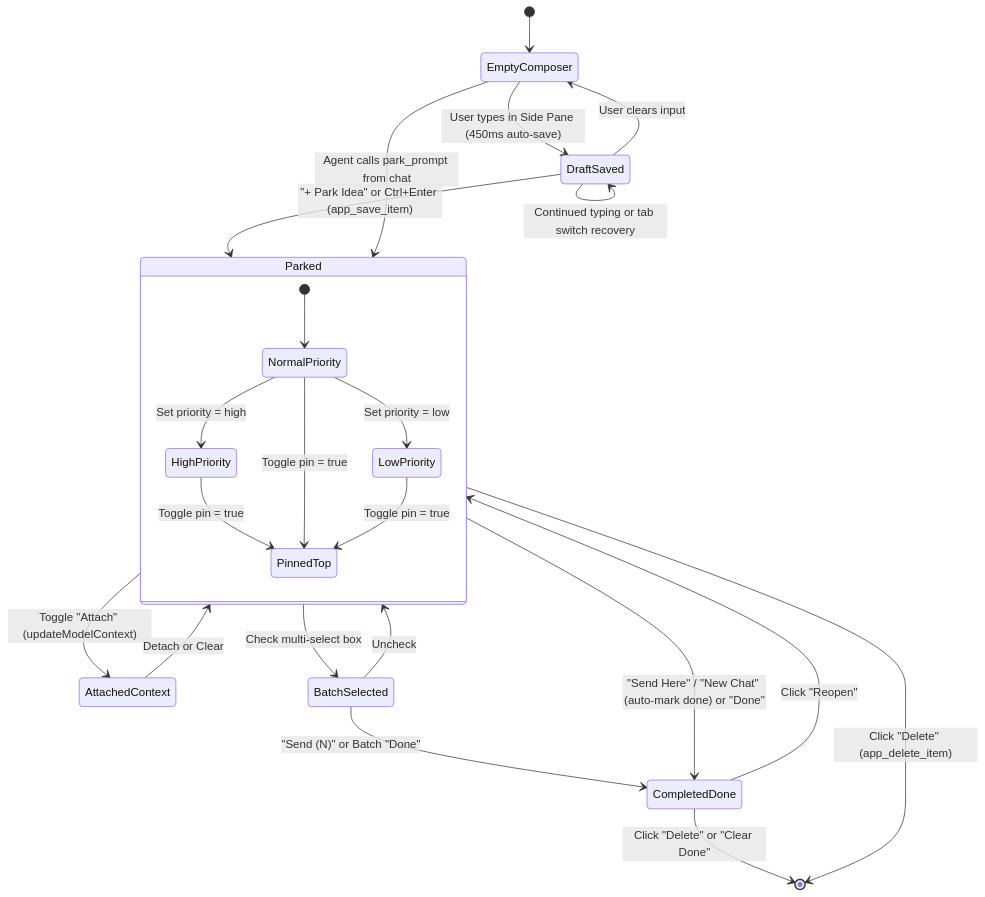
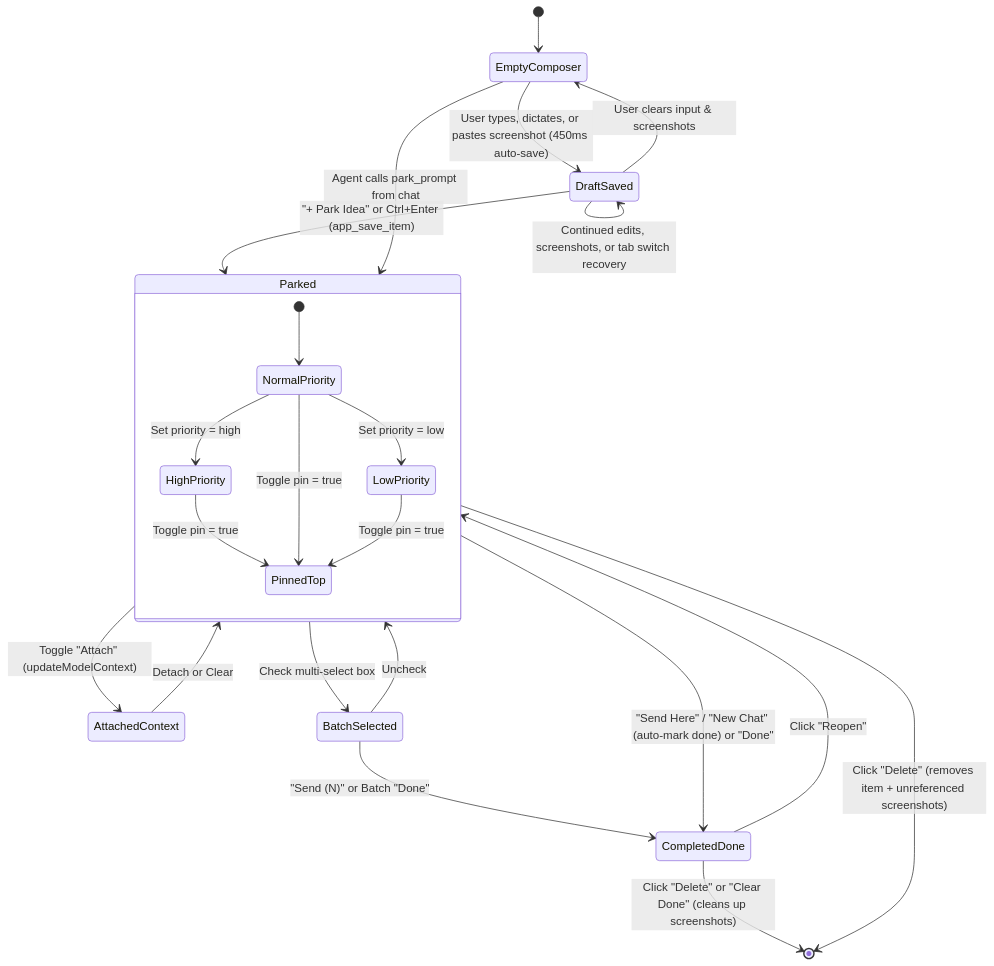
The diagram in documentation/diagrams/03-data-model-and-lifecycle.mmd (jmbreckel/AntiParkingLot), drawn with Mermaid before and after one commit. The commit also changed 25 other files, not shown here.

Commit message:
Release v1.1.0: Add screenshot attachments, in-app help, and updated docs

```diff
--- a/documentation/diagrams/03-data-model-and-lifecycle.mmd
+++ b/documentation/diagrams/03-data-model-and-lifecycle.mmd
@@ -1,31 +1,31 @@
 stateDiagram-v2
     [*] --> EmptyComposer
 
-    EmptyComposer --> DraftSaved: User types in Side Pane (450ms auto-save)
-    DraftSaved --> DraftSaved: Continued typing or tab switch recovery
-    DraftSaved --> EmptyComposer: User clears input
+    EmptyComposer --> DraftSaved: User types, dictates, or pastes screenshot (450ms auto-save)
+    DraftSaved --> DraftSaved: Continued edits, screenshots, or tab switch recovery
+    DraftSaved --> EmptyComposer: User clears input & screenshots
 
     DraftSaved --> Parked: "+ Park Idea" or Ctrl+Enter (app_save_item)
     EmptyComposer --> Parked: Agent calls park_prompt from chat
 
     state Parked {
         [*] --> NormalPriority
         NormalPriority --> HighPriority: Set priority = high
         NormalPriority --> LowPriority: Set priority = low
         HighPriority --> PinnedTop: Toggle pin = true
         NormalPriority --> PinnedTop: Toggle pin = true
         LowPriority --> PinnedTop: Toggle pin = true
     }
 
     Parked --> AttachedContext: Toggle "Attach" (updateModelContext)
     AttachedContext --> Parked: Detach or Clear
 
     Parked --> BatchSelected: Check multi-select box
     BatchSelected --> Parked: Uncheck
 
     Parked --> CompletedDone: "Send Here" / "New Chat" (auto-mark done) or "Done"
     BatchSelected --> CompletedDone: "Send (N)" or Batch "Done"
 
     CompletedDone --> Parked: Click "Reopen"
-    Parked --> [*]: Click "Delete" (app_delete_item)
-    CompletedDone --> [*]: Click "Delete" or "Clear Done"
+    Parked --> [*]: Click "Delete" (removes item + unreferenced screenshots)
+    CompletedDone --> [*]: Click "Delete" or "Clear Done" (cleans up screenshots)
```
